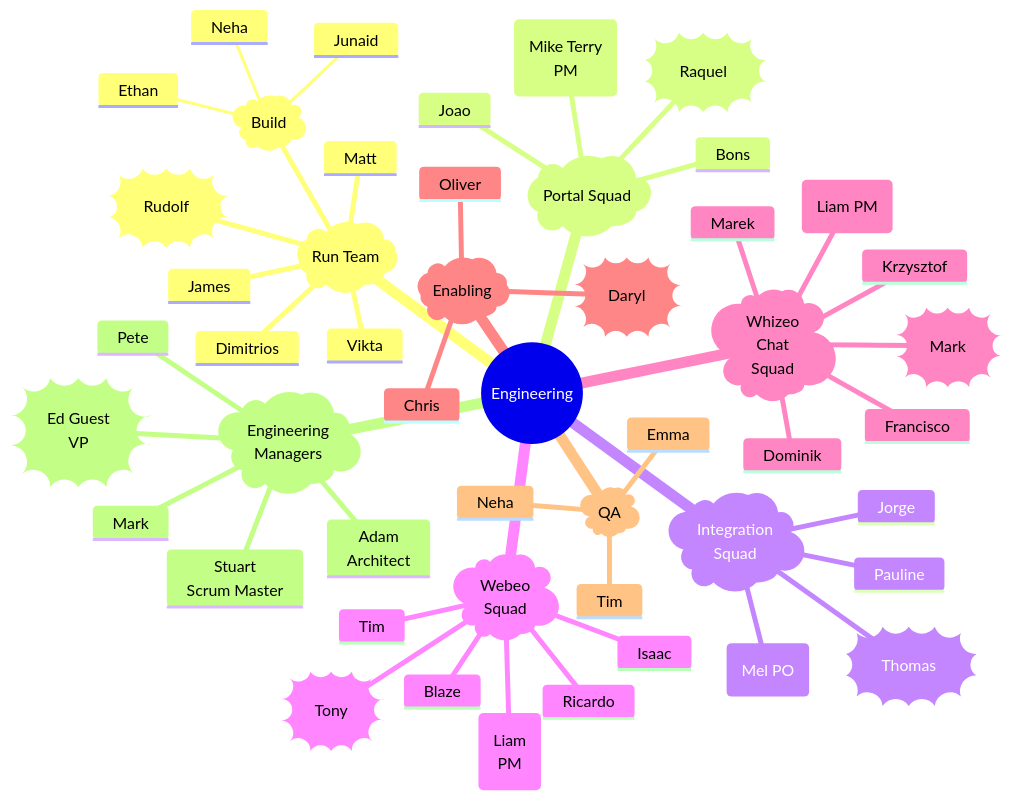
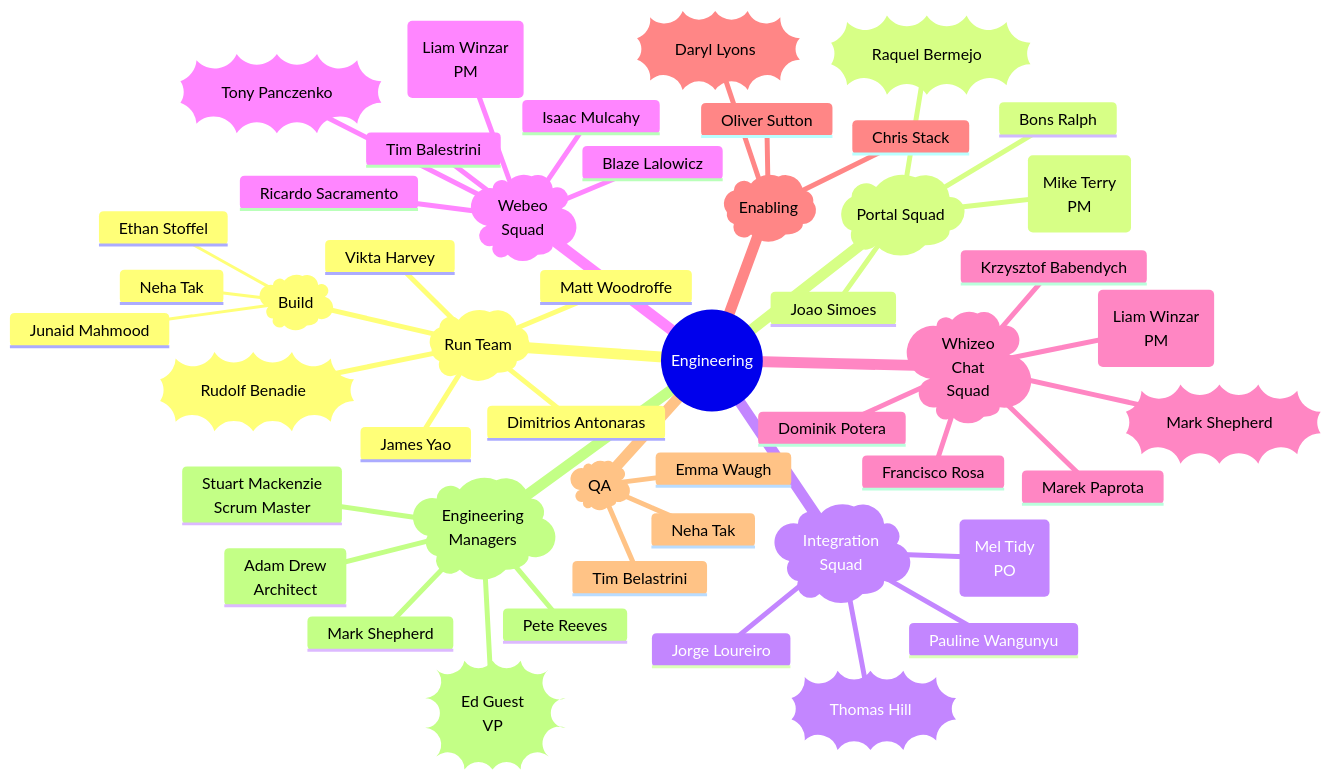
Before and after one commit to petebrlf/diagrams: the diagram in Teams/squads.mmd, drawn with Mermaid.

Commit message:
added surnames

```diff
--- a/Teams/squads.mmd
+++ b/Teams/squads.mmd
@@ -1,55 +1,55 @@
 mindmap
   root((Engineering )
     )Run Team(
-        ))Rudolf ((
-      Vikta
-      Dimitrios
-      Matt
-      James
+        ))Rudolf Benadie((
+      Vikta Harvey
+      Dimitrios Antonaras
+      Matt Woodroffe
+      James Yao
       )Build(
-        Junaid
-        Ethan
-        Neha 
+        Junaid Mahmood
+        Ethan Stoffel
+        Neha Tak
 
     )Portal Squad(
-        ))Raquel((
+        ))Raquel Bermejo((
       (Mike Terry<br>PM)
-      Joao
-      Bons
+      Joao Simoes
+      Bons Ralph
     )Integration <br>Squad(
-        ))Thomas((
+        ))Thomas Hill((
         
-      Jorge
-      Pauline
-      (Mel PO)
+      Jorge Loureiro
+      Pauline Wangunyu
+      (Mel Tidy <br>PO)
       
     )Webeo<br> Squad(
-        ))Tony((
-      (Liam <br> PM)  
-      Blaze
-      Isaac
-      Ricardo
-      Tim
+        ))Tony Panczenko((
+      (Liam Winzar<br> PM)  
+      Blaze Lalowicz
+      Isaac Mulcahy
+      Ricardo Sacramento
+      Tim Balestrini
    
     )Whizeo <br>Chat <br>Squad(
-        ))Mark((
+        ))Mark Shepherd((
       
-      (Liam PM)
-      Marek
-      Dominik
-      Krzysztof
-      Francisco
+      (Liam Winzar <br>PM)
+      Marek Paprota
+      Dominik Potera
+      Krzysztof Babendych
+      Francisco Rosa
     )Enabling(
-        ))Daryl((
-      Oliver
-      Chris
+        ))Daryl Lyons((
+      Oliver Sutton
+      Chris Stack
     )QA(
-      Emma
-      Neha
-      Tim
+      Emma Waugh
+      Neha Tak
+      Tim Belastrini
     )Engineering<br>Managers(
       ))Ed Guest<br>VP((
-      Pete
-      Mark
-      Stuart<br>Scrum Master
-      Adam<br> Architect
+      Pete Reeves
+      Mark Shepherd
+      Stuart Mackenzie<br>Scrum Master
+      Adam Drew<br> Architect
```
